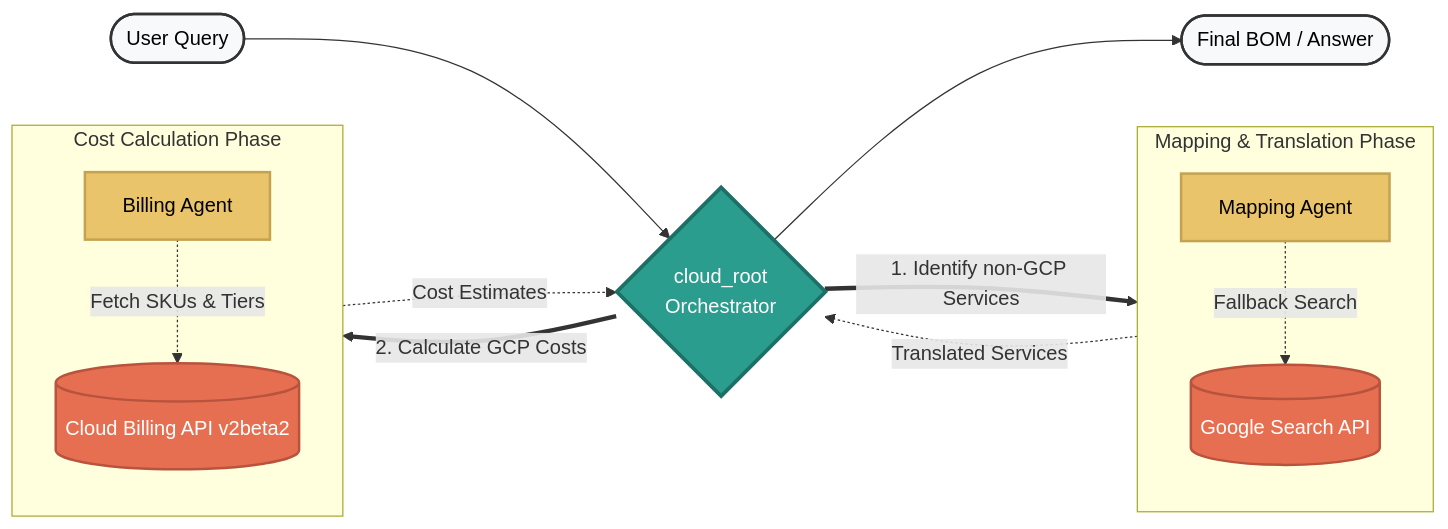
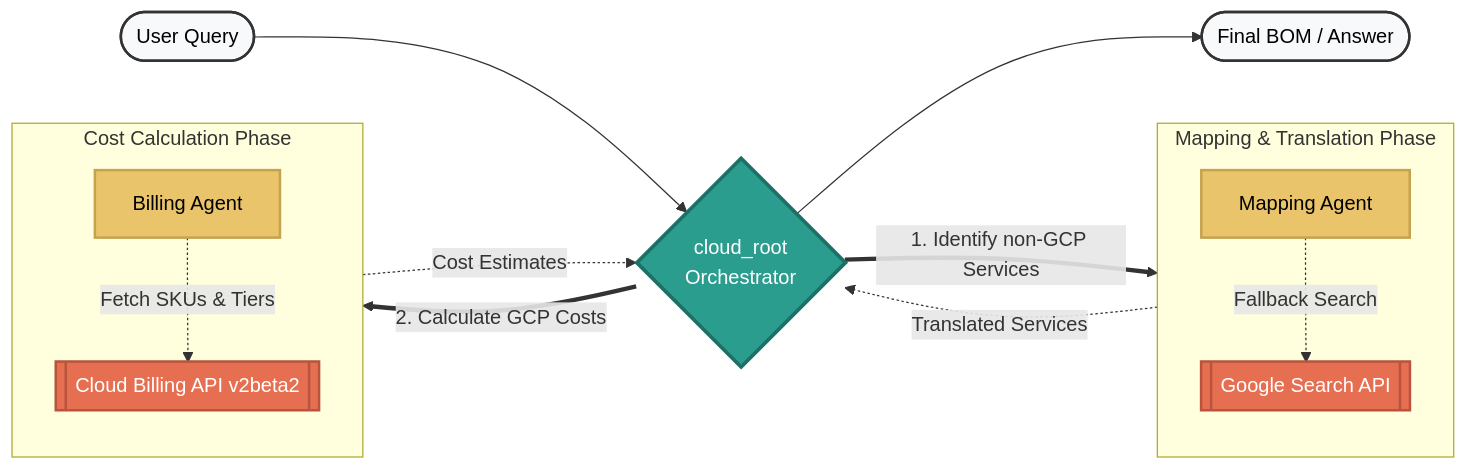
One commit to Rahulraj31/GCP-Blue-Print-AI changed the diagram in README.md. Above: the diagram before and after it, drawn with Mermaid. The commit also changed 1 other file, not shown here.

Commit message:
readme update

````diff
--- a/README.md
+++ b/README.md
@@ -20,39 +20,39 @@
 ```mermaid
 graph LR
     %% Node Definitions
     User([User Query]):::user
     Orchestrator{"cloud_root<br/>Orchestrator"}:::router
     
     subgraph MappingFlow [Mapping & Translation Phase]
         direction TB
         MappingAgent[Mapping Agent]:::agent
-        GoogleSearch[("Google Search API")]:::tool
+        GoogleSearch[["Google Search API"]]:::tool
     end
 
     subgraph BillingFlow [Cost Calculation Phase]
         direction TB
         BillingAgent[Billing Agent]:::agent
-        BillingAPI[("Cloud Billing API v2beta2")]:::tool
+        BillingAPI[["Cloud Billing API v2beta2"]]:::tool
     end
 
     Final([Final BOM / Answer]):::user
 
     %% Style
     classDef user fill:#f8f9fa,stroke:#333,stroke-width:2px,color:#000
     classDef router fill:#2a9d8f,stroke:#1d7066,stroke-width:3px,color:#fff
     classDef agent fill:#e9c46a,stroke:#c4a250,stroke-width:2px,color:#000
     classDef tool fill:#e76f51,stroke:#b8533d,stroke-width:2px,color:#fff
 
     %% Connections
     User --> Orchestrator
     
     Orchestrator ==>|1. Identify non-GCP Services| MappingAgent
     MappingAgent -.->|Fallback Search| GoogleSearch
     MappingAgent -.->|Translated Services| Orchestrator
     
     Orchestrator ==>|2. Calculate GCP Costs| BillingAgent
     BillingAgent -.->|Fetch SKUs & Tiers| BillingAPI
     BillingAgent -.->|Cost Estimates| Orchestrator
     
     Orchestrator --> Final
 ```
````
